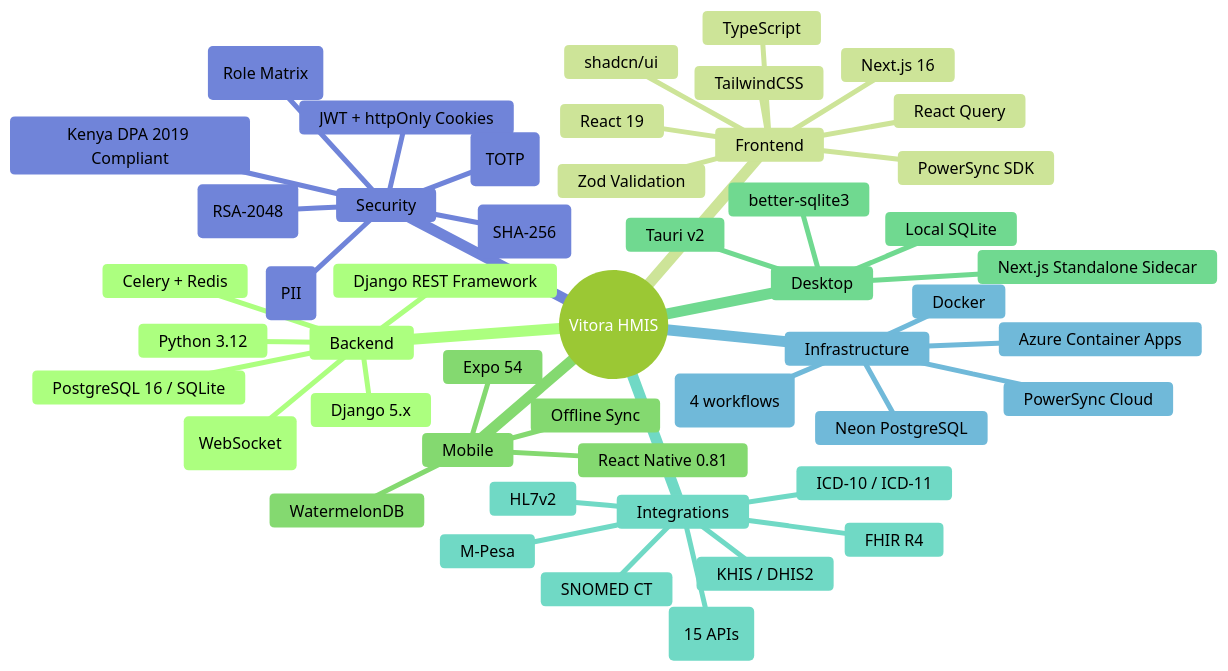
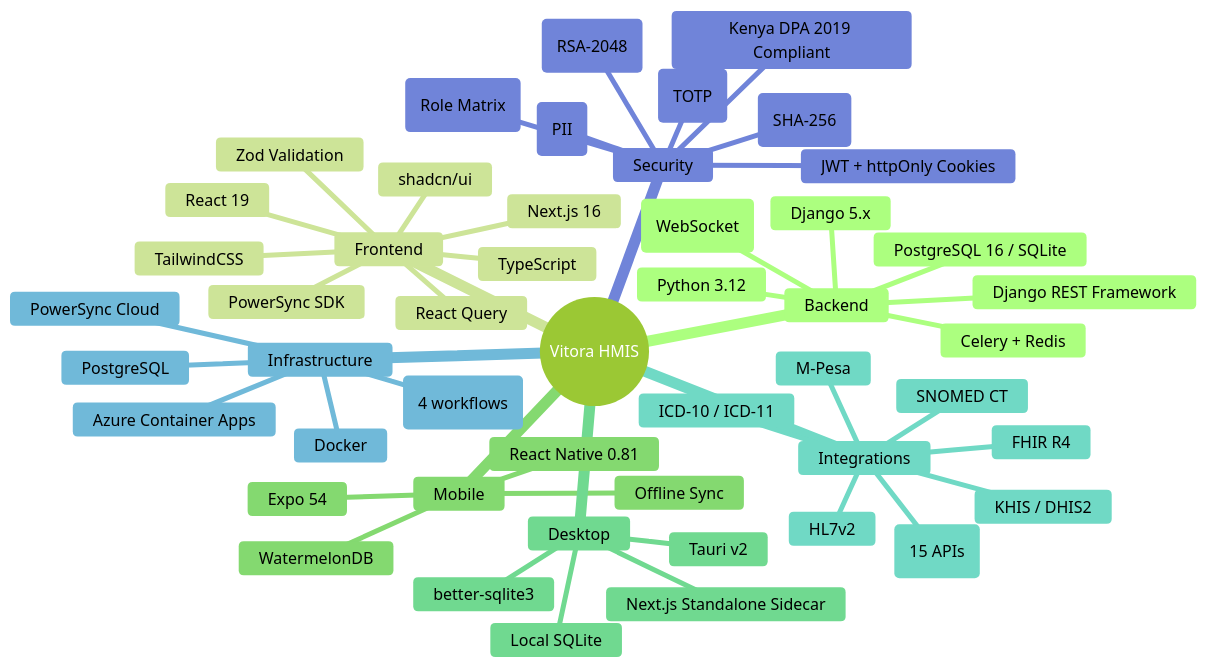
One commit to nexora-africa-ltd/vitora changed diagram 13 of 14 in docs/architecture-diagrams.md. Above: the diagram before and after it, drawn with Mermaid (forest theme). The commit also changed other lines of this file and 2 other files, not shown here.

Commit message:
feat(scheduling): add validation to prevent creating shifts for past dates and enhance shift type filtering

````diff
--- a/docs/architecture-diagrams.md
+++ b/docs/architecture-diagrams.md
@@ -553,52 +553,52 @@
 ```mermaid
 mindmap
   root((Vitora HMIS))
     Backend
       Python 3.12
       Django 5.x
       Django REST Framework
       Celery + Redis
       Django Channels (WebSocket)
       PostgreSQL 16 / SQLite
     Frontend
       Next.js 16
       React 19
       TypeScript
       TailwindCSS
       shadcn/ui
       PowerSync SDK
       React Query
       Zod Validation
     Mobile
       React Native 0.81
       Expo 54
       WatermelonDB
       Offline Sync
     Desktop
       Tauri v2
       Next.js Standalone Sidecar
       better-sqlite3
       Local SQLite
     Integrations
       SHA / DHA HIE (15 APIs)
       FHIR R4
       HL7v2
       KHIS / DHIS2
       M-Pesa
       SNOMED CT
       ICD-10 / ICD-11
     Infrastructure
       Azure Container Apps
-      Neon PostgreSQL
+      PostgreSQL
       PowerSync Cloud
       GitHub Actions (4 workflows)
       Docker
     Security
       Fernet Encryption (PII)
       JWT + httpOnly Cookies
       MFA (TOTP)
       RBAC (Role Matrix)
       PKI (RSA-2048)
       Audit Hash Chain (SHA-256)
       Kenya DPA 2019 Compliant
 ```
````
